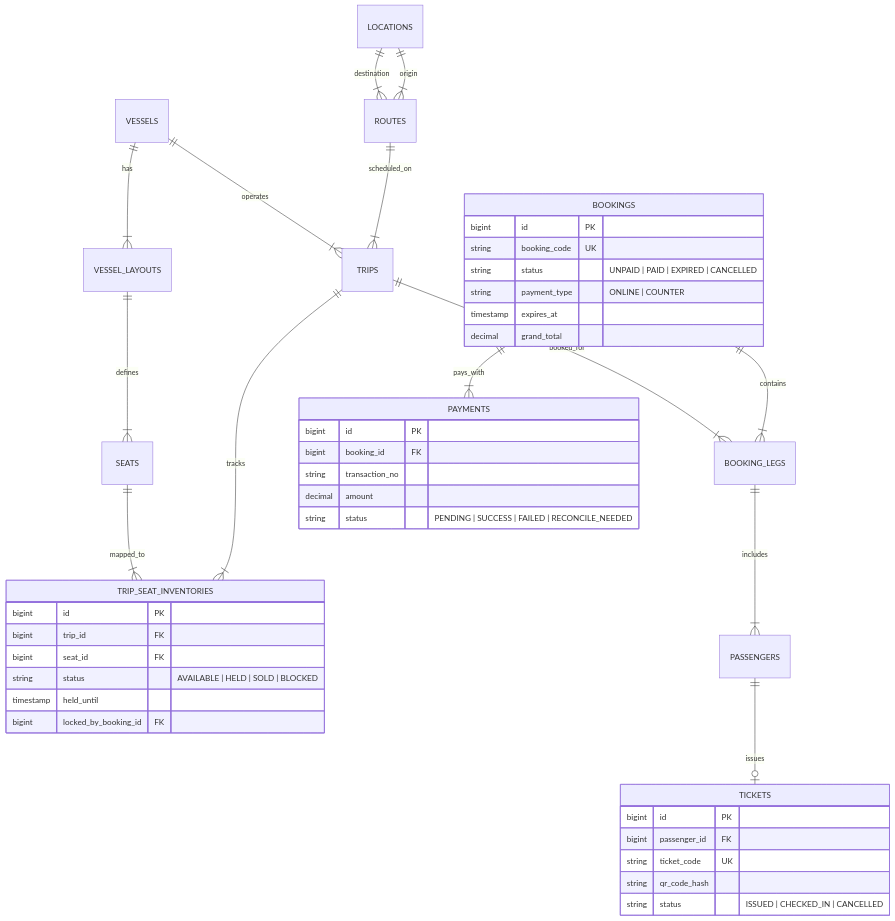
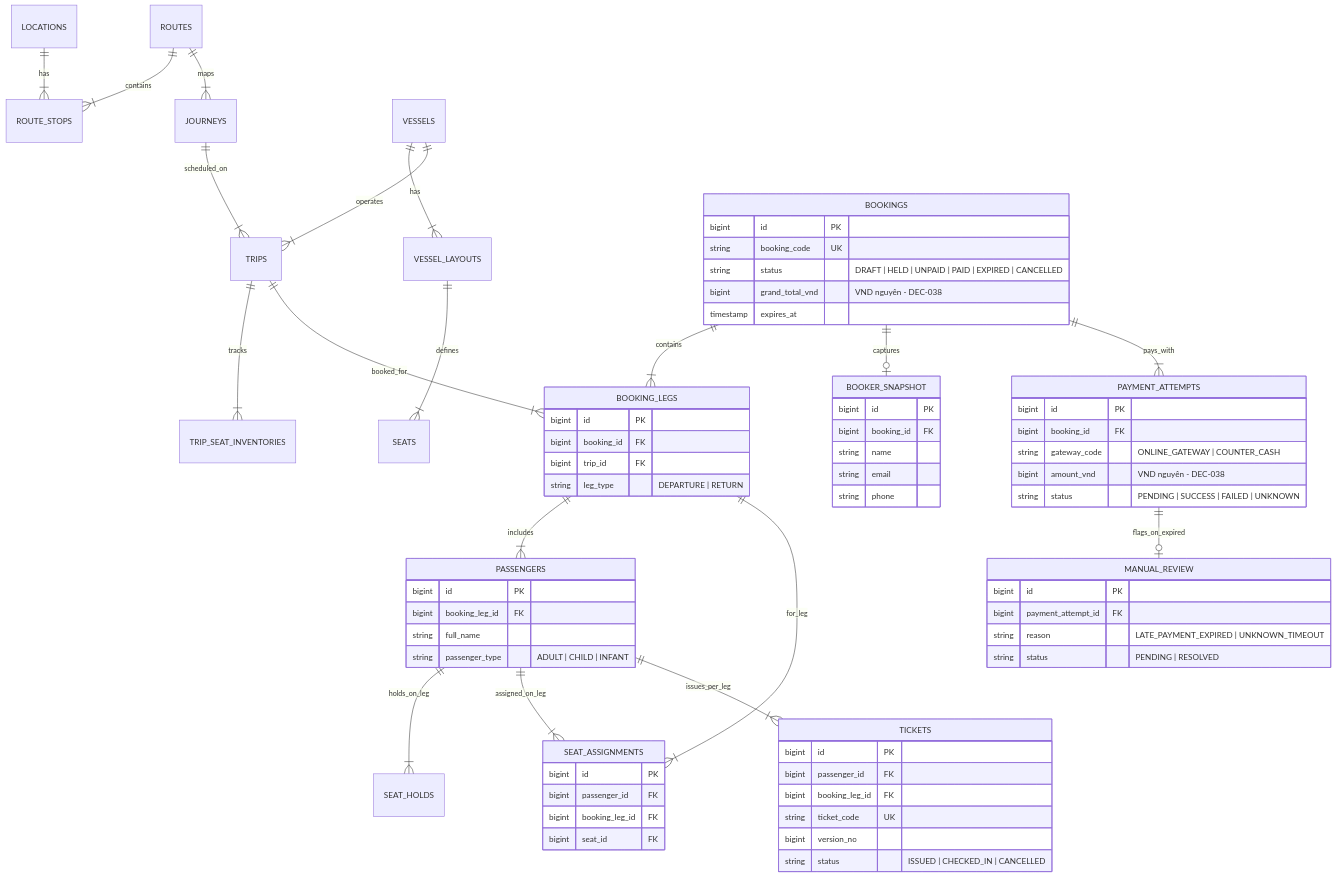
One commit to tomone2kd000-ux/superdong-booking-system changed the diagram in content/docs/chuong-00-tong-quan-nghiep-vu-kien-truc/04-erd-database-design-va-41-decisions.mdx. Above: the diagram before and after it, drawn with Mermaid. The commit also changed other lines of this file and 10 other files, not shown here.

Commit message:
docs: align Porto Action/Task rules, Logical ERD entities, Spatie Global RBAC, 9 Figma screens, and candidate proposals

````diff
--- a/content/docs/chuong-00-tong-quan-nghiep-vu-kien-truc/04-erd-database-design-va-41-decisions.mdx
+++ b/content/docs/chuong-00-tong-quan-nghiep-vu-kien-truc/04-erd-database-design-va-41-decisions.mdx
@@ -16,51 +16,85 @@
 ```mermaid
 erDiagram
-    LOCATIONS ||--|{ ROUTES : origin
-    LOCATIONS ||--|{ ROUTES : destination
-    ROUTES ||--|{ TRIPS : scheduled_on
+    LOCATIONS ||--|{ ROUTE_STOPS : has
+    ROUTES ||--|{ ROUTE_STOPS : contains
+    ROUTES ||--|{ JOURNEYS : maps
+    JOURNEYS ||--|{ TRIPS : scheduled_on
     VESSELS ||--|{ VESSEL_LAYOUTS : has
     VESSEL_LAYOUTS ||--|{ SEATS : defines
     VESSELS ||--|{ TRIPS : operates
     TRIPS ||--|{ TRIP_SEAT_INVENTORIES : tracks
-    SEATS ||--|{ TRIP_SEAT_INVENTORIES : mapped_to
 
     BOOKINGS ||--|{ BOOKING_LEGS : contains
+    BOOKINGS ||--o| BOOKER_SNAPSHOT : captures
     TRIPS ||--|{ BOOKING_LEGS : booked_for
     BOOKING_LEGS ||--|{ PASSENGERS : includes
-    PASSENGERS ||--o| TICKETS : issues
-    BOOKINGS ||--|{ PAYMENTS : pays_with
+    
+    PASSENGERS ||--|{ SEAT_HOLDS : holds_on_leg
+    PASSENGERS ||--|{ SEAT_ASSIGNMENTS : assigned_on_leg
+    BOOKING_LEGS ||--|{ SEAT_ASSIGNMENTS : for_leg
+    PASSENGERS ||--|{ TICKETS : issues_per_leg
+    
+    BOOKINGS ||--|{ PAYMENT_ATTEMPTS : pays_with
+    PAYMENT_ATTEMPTS ||--o| MANUAL_REVIEW : flags_on_expired
 
     BOOKINGS {
         bigint id PK
         string booking_code UK
-        string status "UNPAID | PAID | EXPIRED | CANCELLED"
-        string payment_type "ONLINE | COUNTER"
+        string status "DRAFT | HELD | UNPAID | PAID | EXPIRED | CANCELLED"
+        bigint grand_total_vnd "VND nguyên - DEC-038"
         timestamp expires_at
-        decimal grand_total
     }
 
-    TRIP_SEAT_INVENTORIES {
+    BOOKER_SNAPSHOT {
         bigint id PK
+        bigint booking_id FK
+        string name
+        string email
+        string phone
+    }
+
+    BOOKING_LEGS {
+        bigint id PK
+        bigint booking_id FK
         bigint trip_id FK
+        string leg_type "DEPARTURE | RETURN"
+    }
+
+    PASSENGERS {
+        bigint id PK
+        bigint booking_leg_id FK
+        string full_name
+        string passenger_type "ADULT | CHILD | INFANT"
+    }
+
+    SEAT_ASSIGNMENTS {
+        bigint id PK
+        bigint passenger_id FK
+        bigint booking_leg_id FK
         bigint seat_id FK
-        string status "AVAILABLE | HELD | SOLD | BLOCKED"
-        timestamp held_until
-        bigint locked_by_booking_id FK
     }
 
     TICKETS {
         bigint id PK
         bigint passenger_id FK
+        bigint booking_leg_id FK
         string ticket_code UK
-        string qr_code_hash
+        bigint version_no
         string status "ISSUED | CHECKED_IN | CANCELLED"
     }
 
-    PAYMENTS {
+    PAYMENT_ATTEMPTS {
         bigint id PK
         bigint booking_id FK
-        string transaction_no
-        decimal amount
-        string status "PENDING | SUCCESS | FAILED | RECONCILE_NEEDED"
+        string gateway_code "ONLINE_GATEWAY | COUNTER_CASH"
+        bigint amount_vnd "VND nguyên - DEC-038"
+        string status "PENDING | SUCCESS | FAILED | UNKNOWN"
+    }
+
+    MANUAL_REVIEW {
+        bigint id PK
+        bigint payment_attempt_id FK
+        string reason "LATE_PAYMENT_EXPIRED | UNKNOWN_TIMEOUT"
+        string status "PENDING | RESOLVED"
     }
 ```
````
